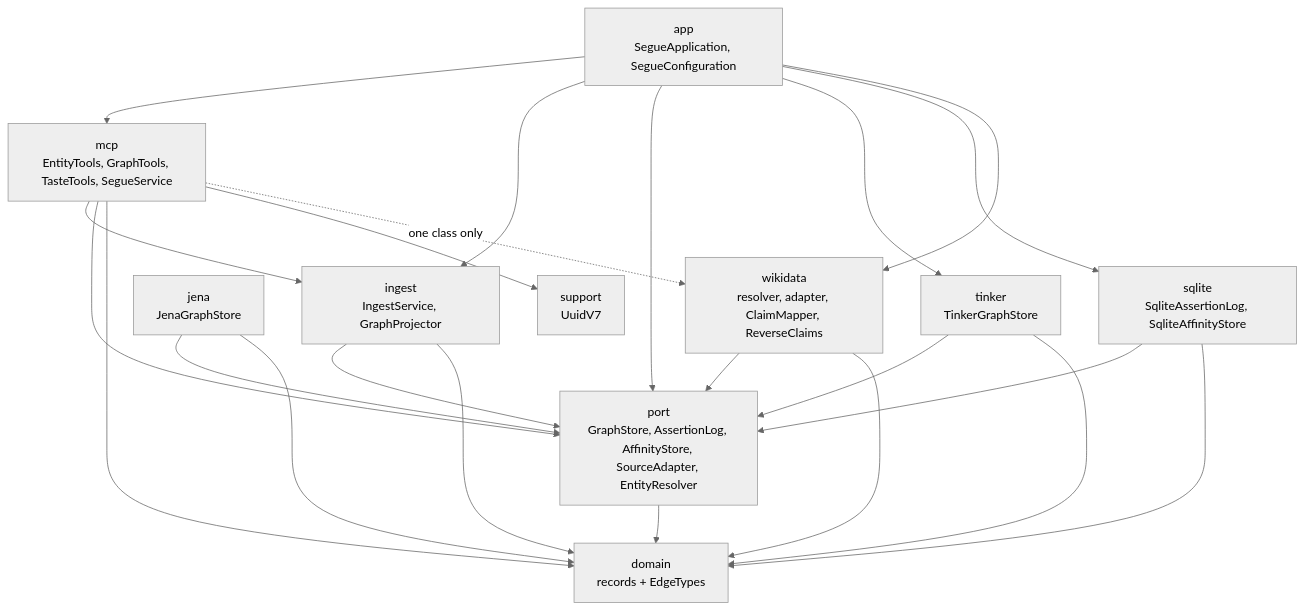
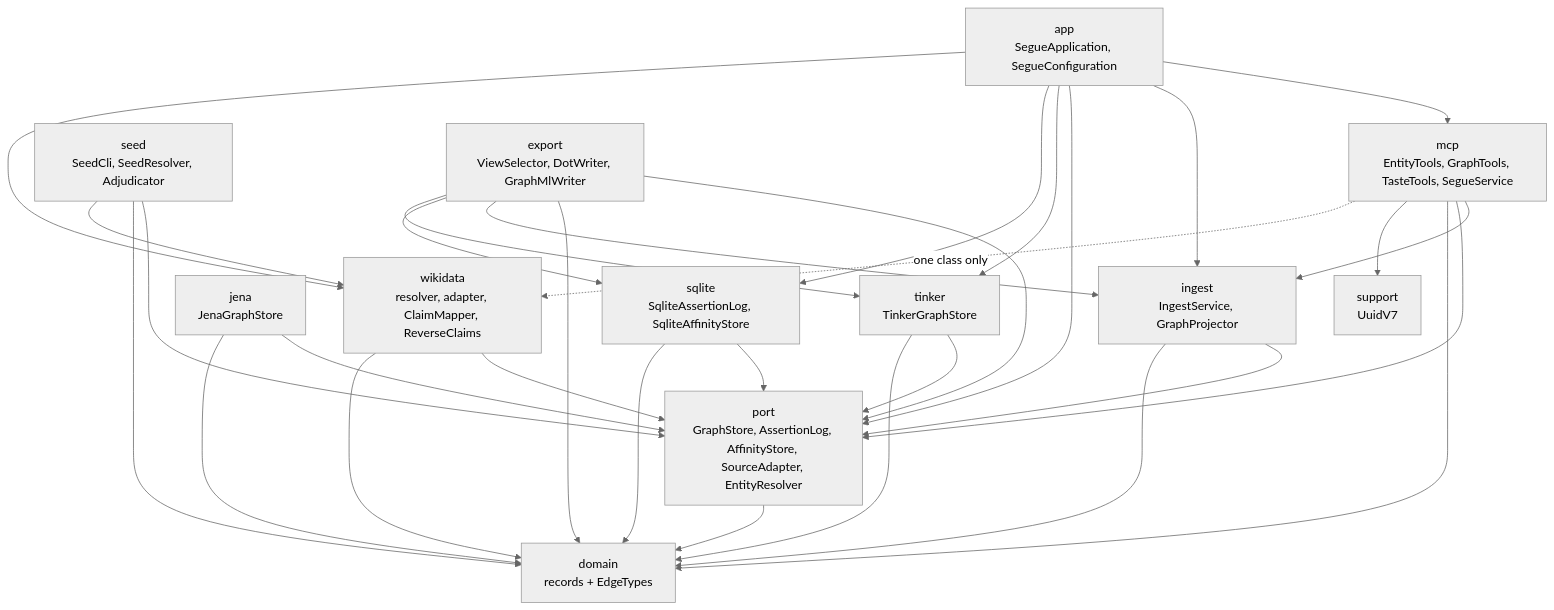
The first of 4 diagrams in docs/developer-guide.md (robsartin/segue), drawn with Mermaid (neutral theme) before and after one commit. The commit also changed other lines of this file and 29 other files, not shown here.

First line of the commit message:
Add a read-only graph exporter with format-blind view selection (#54)

````diff
--- a/docs/developer-guide.md
+++ b/docs/developer-guide.md
@@ -58,36 +59,46 @@
 ```mermaid
 graph TD
   app["app<br/>SegueApplication, SegueConfiguration"]
   mcp["mcp<br/>EntityTools, GraphTools, TasteTools, SegueService"]
   ingest["ingest<br/>IngestService, GraphProjector"]
   tinker["tinker<br/>TinkerGraphStore"]
   jena["jena<br/>JenaGraphStore"]
   sqlite["sqlite<br/>SqliteAssertionLog, SqliteAffinityStore"]
   wikidata["wikidata<br/>resolver, adapter, ClaimMapper, ReverseClaims"]
   port["port<br/>GraphStore, AssertionLog, AffinityStore, SourceAdapter, EntityResolver"]
   domain["domain<br/>records + EdgeTypes"]
   support["support<br/>UuidV7"]
+  seed["seed<br/>SeedCli, SeedResolver, Adjudicator"]
+  export["export<br/>ViewSelector, DotWriter, GraphMlWriter"]
 
   app --> mcp
   app --> ingest
   app --> port
   app --> tinker
   app --> sqlite
   app --> wikidata
   mcp --> ingest
   mcp --> port
   mcp --> domain
   mcp --> support
   mcp -.->|"one class only"| wikidata
   ingest --> port
   ingest --> domain
   tinker --> port
   tinker --> domain
   jena --> port
   jena --> domain
   sqlite --> port
   sqlite --> domain
   wikidata --> port
   wikidata --> domain
   port --> domain
+  seed --> port
+  seed --> domain
+  seed --> wikidata
+  export --> port
+  export --> domain
+  export --> ingest
+  export --> sqlite
+  export --> tinker
 ```
````
